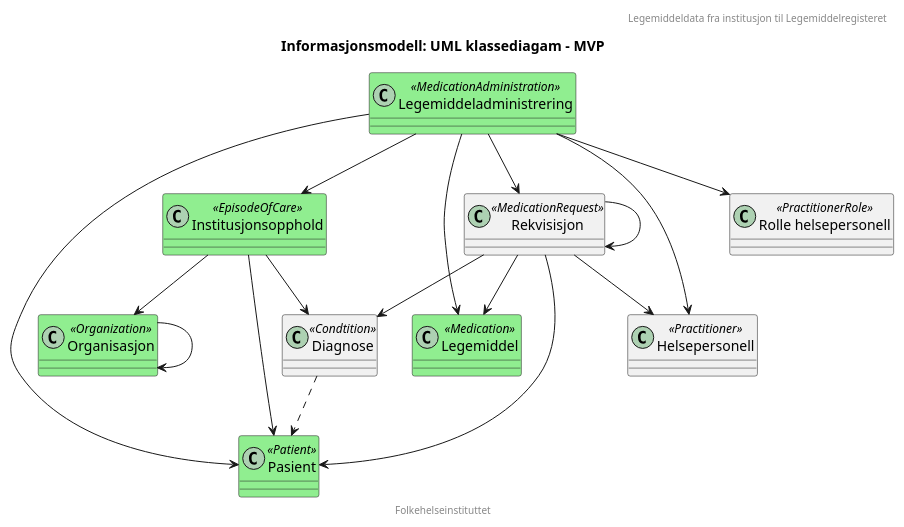
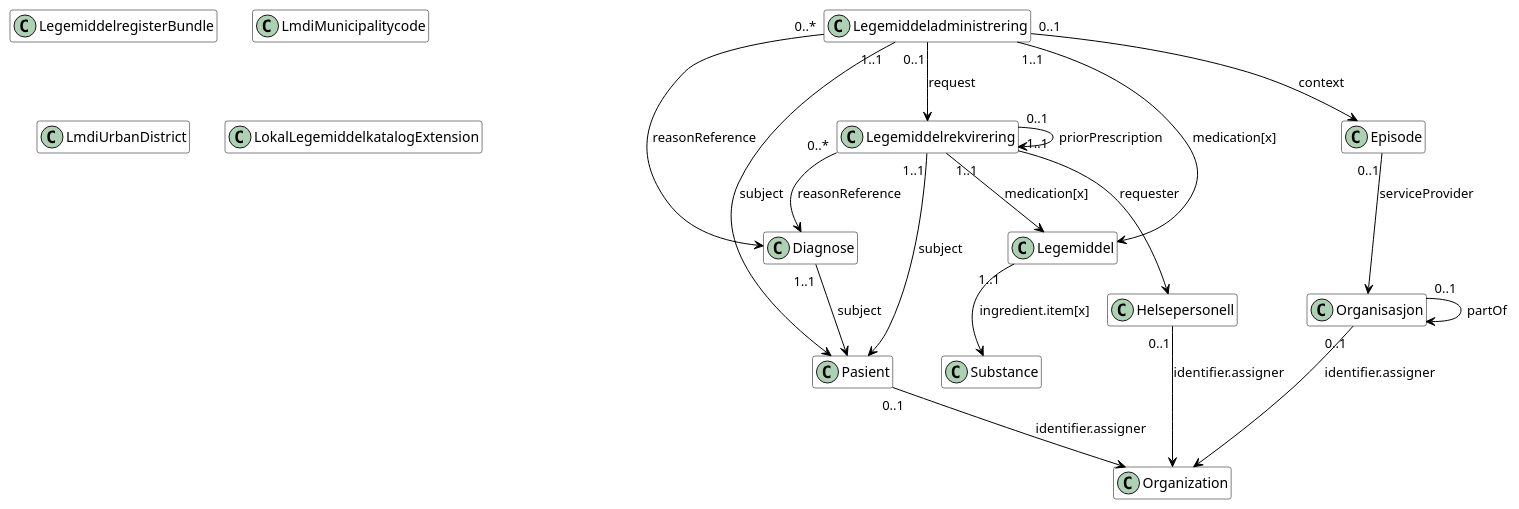
One commit to HL7Norway/LMDI changed the diagram in LMDI/input/images/informasjonsmodell-enkel.plantuml. Above: the diagram before and after it, drawn with PlantUML. The commit also changed other lines of this file and 32 other files, not shown here.

```diff
--- a/LMDI/input/images/informasjonsmodell-enkel.plantuml
+++ b/LMDI/input/images/informasjonsmodell-enkel.plantuml
@@ -1,56 +1,43 @@
 @startuml
 
-header "Legemiddeldata fra institusjon til Legemiddelregisteret"
-title "Informasjonsmodell: UML klassediagam - MVP"
-footer "Folkehelseinstituttet"
-
-class Pasient <<Patient>> #lightgreen {
+hide empty members
+skinparam class {
+    BackgroundColor White
+    ArrowColor Black
+    BorderColor Black
 }
 
-class Legemiddeladministrering <<MedicationAdministration>> #lightgreen {
-}
+class LegemiddelregisterBundle
+class Diagnose
+class Pasient
+class Episode
+class Organisasjon
+class Legemiddel
+class Substance
+class Legemiddeladministrering
+class Legemiddelrekvirering
+class Helsepersonell
+class LmdiMunicipalitycode
+class Organization
+class LmdiUrbanDistrict
+class LokalLegemiddelkatalogExtension
 
-Legemiddeladministrering --> Legemiddel 
-Legemiddeladministrering --> Pasient
-Legemiddeladministrering --> Helsepersonell
-Legemiddeladministrering --> "Rolle helsepersonell"
-Legemiddeladministrering --> Rekvisisjon
-Legemiddeladministrering --> Institusjonsopphold
-
-class Legemiddel <<Medication>> #lightgreen {
-}
-
-class Helsepersonell <<Practitioner>> {
-}
-class Organisasjon <<Organization>> #lightgreen {
-}
-
-Organisasjon --> Organisasjon
-
-class Institusjonsopphold <<EpisodeOfCare>> #lightgreen {
-}
-
-Institusjonsopphold --> Pasient
-Institusjonsopphold --> Organisasjon
-Institusjonsopphold --> Diagnose
-
-class Diagnose <<Condtition>> {
-}
-
-Diagnose ..> Pasient
-
-class Rekvisisjon <<MedicationRequest>> {
-}
-
-Rekvisisjon --> Diagnose
-Rekvisisjon --> Legemiddel
-Rekvisisjon --> Pasient
-Rekvisisjon --> Helsepersonell
-Rekvisisjon --> Rekvisisjon
-
-class "Rolle helsepersonell" <<PractitionerRole>> {
-}
-
-
+Diagnose "1..1" --> Pasient : "subject"
+Episode "0..1" --> Organisasjon : "serviceProvider"
+Legemiddel "1..1" --> Substance : "ingredient.item[x]"
+Legemiddeladministrering "1..1" --> Legemiddel : "medication[x]"
+Legemiddeladministrering "1..1" --> Pasient : "subject"
+Legemiddeladministrering "0..1" --> Episode : "context"
+Legemiddeladministrering "0..*" --> Diagnose : "reasonReference"
+Legemiddeladministrering "0..1" --> Legemiddelrekvirering : "request"
+Legemiddelrekvirering "1..1" --> Legemiddel : "medication[x]"
+Legemiddelrekvirering "1..1" --> Pasient : "subject"
+Legemiddelrekvirering "1..1" --> Helsepersonell : "requester"
+Legemiddelrekvirering "0..*" --> Diagnose : "reasonReference"
+Legemiddelrekvirering "0..1" --> Legemiddelrekvirering : "priorPrescription"
+Organisasjon "0..1" --> Organization : "identifier.assigner"
+Organisasjon "0..1" --> Organisasjon : "partOf"
+Pasient "0..1" --> Organization : "identifier.assigner"
+Helsepersonell "0..1" --> Organization : "identifier.assigner"
 
 @enduml
```
